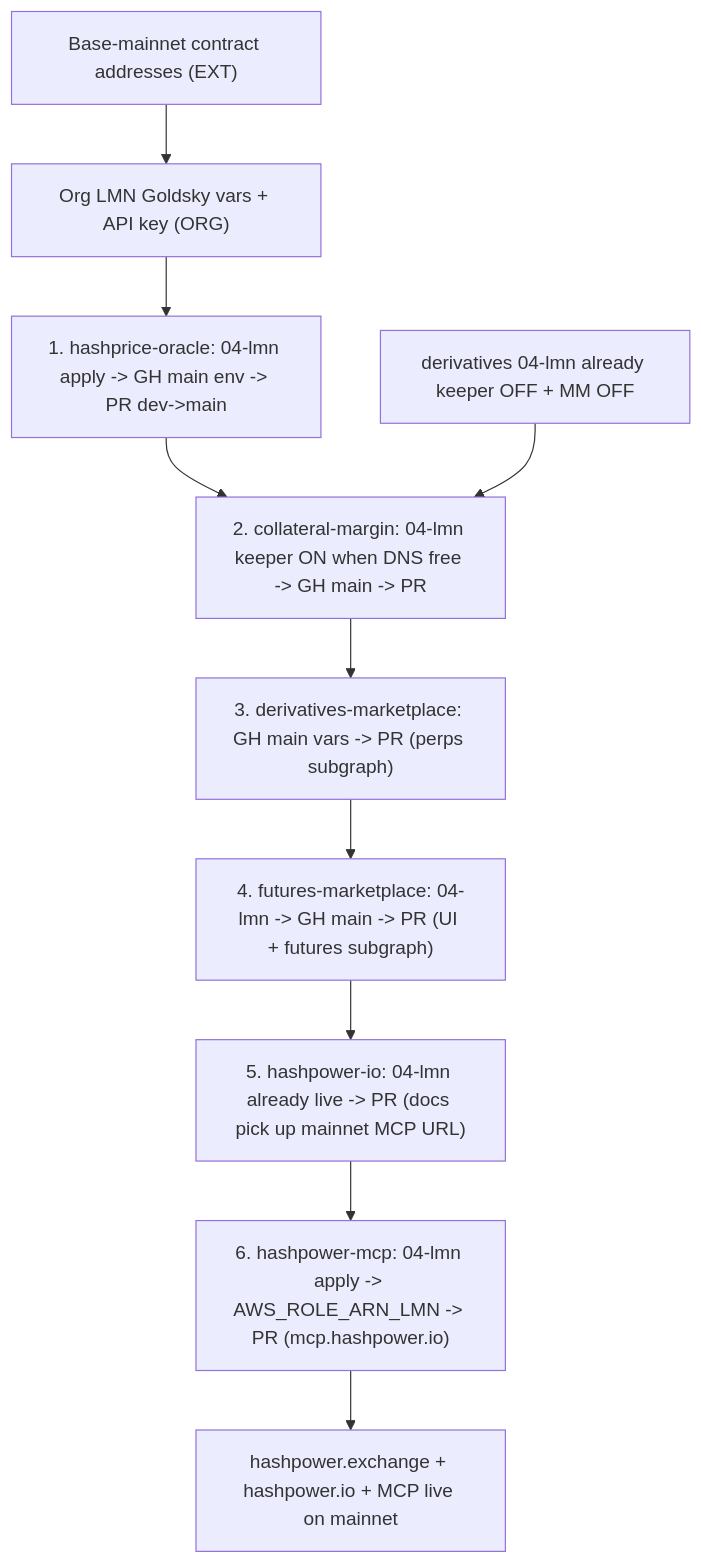
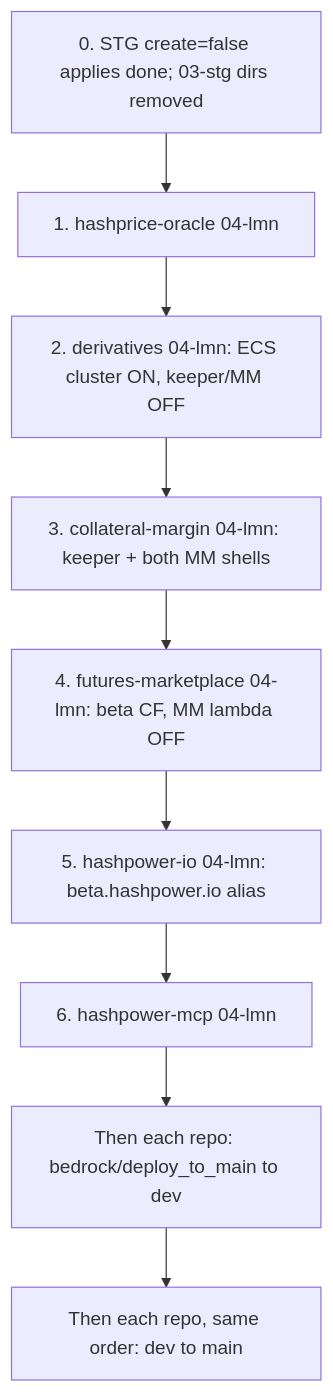
The diagram in .ai-docs/dev-main-promotion-runbook.md (Lumerin-protocol/hashprice-oracle), drawn with Mermaid before and after one commit. The commit also changed other lines of this file and 10 other files, not shown here.

First line of the commit message:
Point mainnet promotion at the dev-to-main runbook and drop the STG stack.

````diff
--- a/.ai-docs/dev-main-promotion-runbook.md
+++ b/.ai-docs/dev-main-promotion-runbook.md
@@ -59,12 +67,11 @@
 ```mermaid
 graph TD
-  intake["Base-mainnet contract addresses (EXT)"] --> goldsky
-  goldsky["Org LMN Goldsky vars + API key (ORG)"] --> hpo
-  hpo["1. hashprice-oracle: 04-lmn apply -> GH main env -> PR dev->main"] --> col
-  derivOff["derivatives 04-lmn already keeper OFF + MM OFF"] --> col
-  col["2. collateral-margin: 04-lmn keeper ON when DNS free -> GH main -> PR"] --> deriv
-  deriv["3. derivatives-marketplace: GH main vars -> PR (perps subgraph)"] --> fut
-  fut["4. futures-marketplace: 04-lmn -> GH main -> PR (UI + futures subgraph)"] --> site
-  site["5. hashpower-io: 04-lmn already live -> PR (docs pick up mainnet MCP URL)"] --> mcp
-  mcp["6. hashpower-mcp: 04-lmn apply -> AWS_ROLE_ARN_LMN -> PR (mcp.hashpower.io)"] --> verify["hashpower.exchange + hashpower.io + MCP live on mainnet"]
+  stg["0. STG create=false applies done; 03-stg dirs removed"] --> hpo
+  hpo["1. hashprice-oracle 04-lmn"] --> deriv
+  deriv["2. derivatives 04-lmn: ECS cluster ON, keeper/MM OFF"] --> col
+  col["3. collateral-margin 04-lmn: keeper + both MM shells"] --> fut
+  fut["4. futures-marketplace 04-lmn: beta CF, MM lambda OFF"] --> site
+  site["5. hashpower-io 04-lmn: beta.hashpower.io alias"] --> mcp
+  mcp["6. hashpower-mcp 04-lmn"] --> prDev["Then each repo: bedrock/deploy_to_main to dev"]
+  prDev --> prMain["Then each repo, same order: dev to main"]
 ```
````
